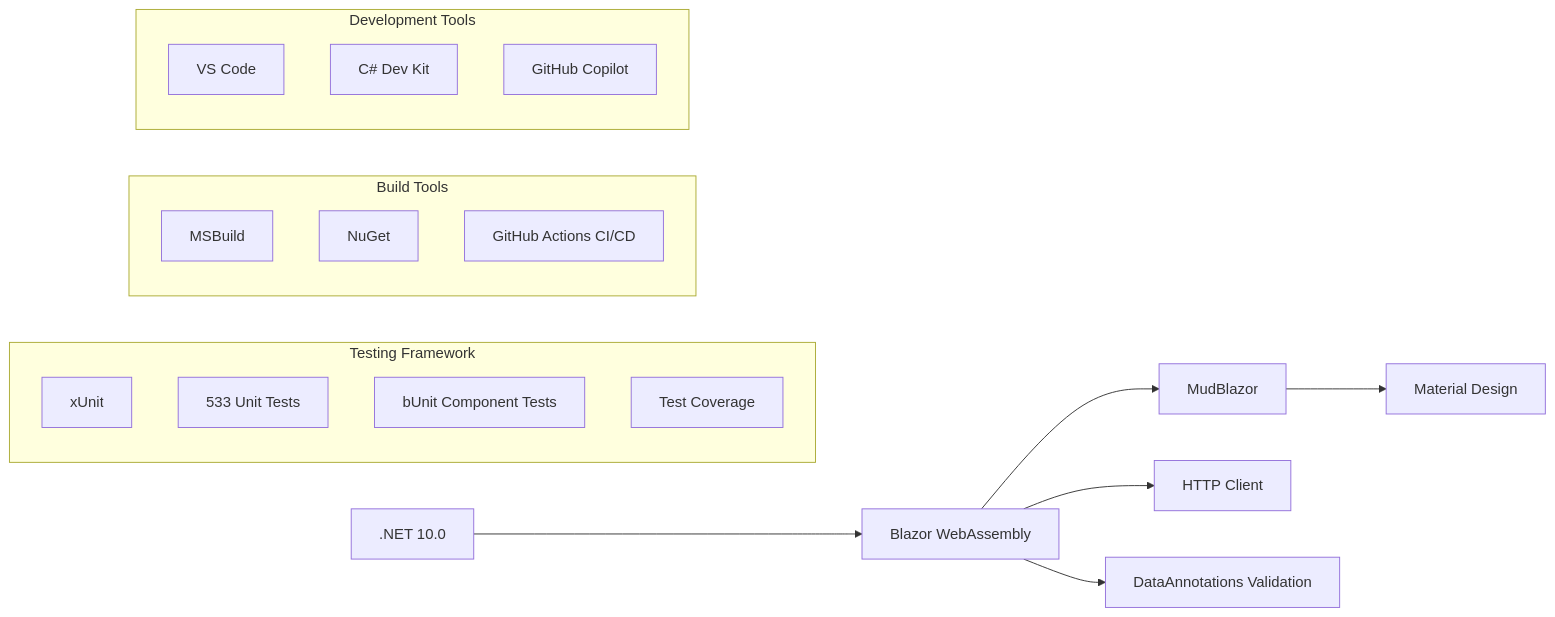
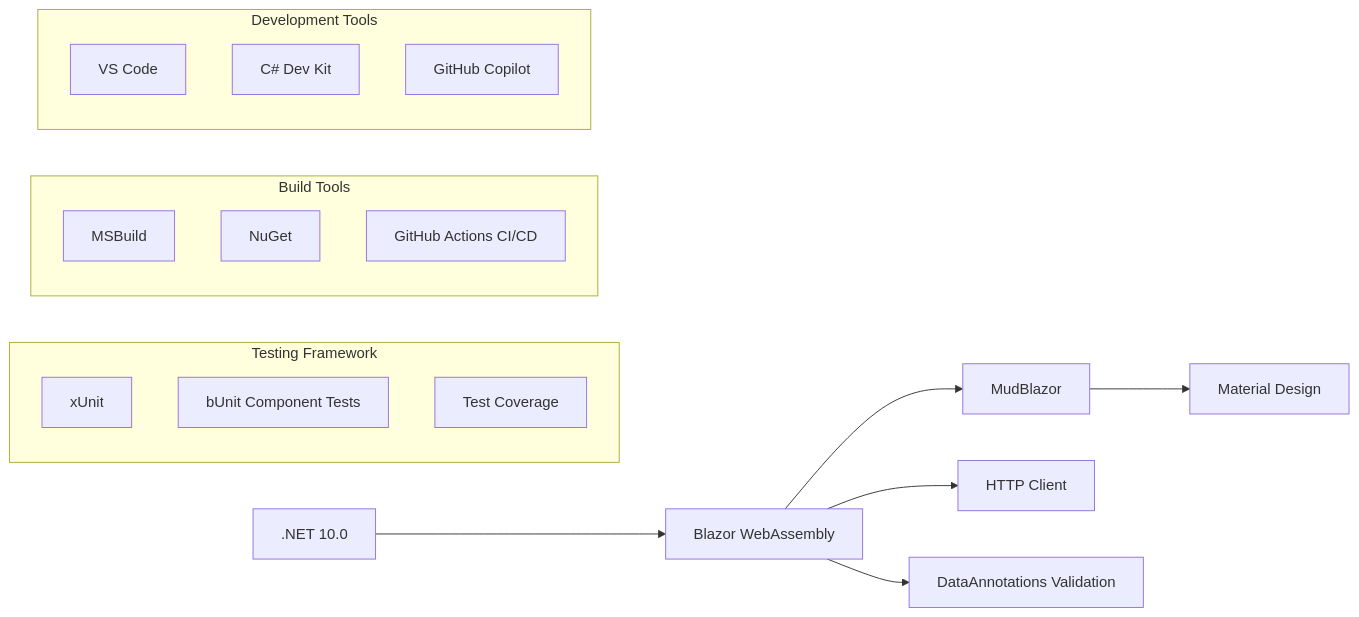
Before and after one commit to mongeon/RecettesIndex: the fifth of 9 diagrams in docs/ARCHITECTURE.md, drawn with Mermaid. The commit also changed other lines of this file and 2 other files, not shown here.

````diff
--- a/docs/ARCHITECTURE.md
+++ b/docs/ARCHITECTURE.md
@@ -227,27 +227,26 @@
 ```mermaid
 graph LR
     Net[.NET 10.0] --> Wasm[Blazor WebAssembly]
     Wasm --> Mud[MudBlazor]
     Mud --> Material[Material Design]
     Wasm --> Http[HTTP Client]
     Wasm --> Annotations[DataAnnotations Validation]
 
     subgraph "Testing Framework"
         XUnit[xUnit]
-        UnitTests[533 Unit Tests]
         BUnit[bUnit Component Tests]
         Coverage[Test Coverage]
     end
 
     subgraph "Build Tools"
         MsBuild[MSBuild]
         NuGet[NuGet]
         Actions[GitHub Actions CI/CD]
     end
 
     subgraph "Development Tools"
         VsCode[VS Code]
         DevKit[C# Dev Kit]
         Copilot[GitHub Copilot]
     end
 ```
````
